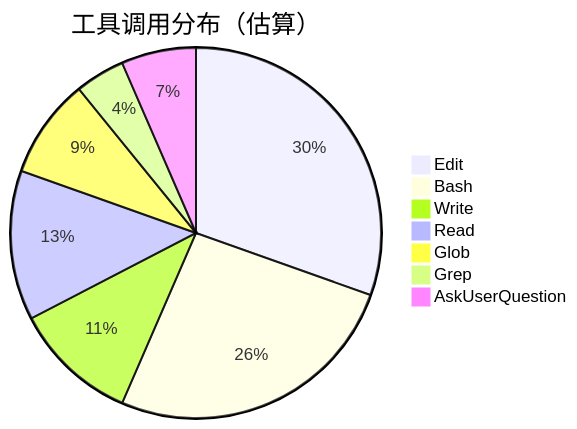
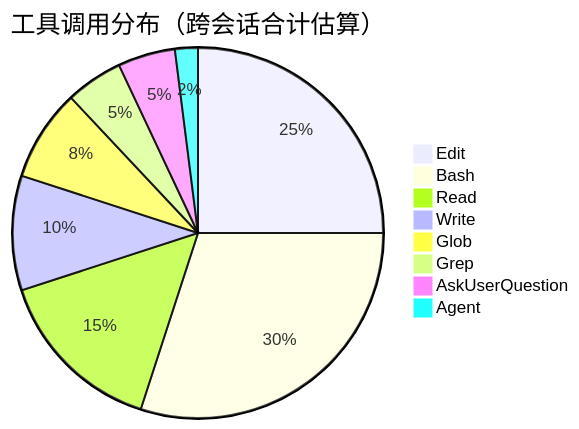
One commit to chujun/aiubuntu1-sh changed the fourth of 8 diagrams in doc/ai-explore/2026-04-11-my-explore-doc-record技能优化实践探索之旅.md. Above: the diagram before and after it, drawn with Mermaid. The commit also changed other lines of this file and 2 other files, not shown here.

````diff
--- a/doc/ai-explore/2026-04-11-my-explore-doc-record技能优化实践探索之旅.md
+++ b/doc/ai-explore/2026-04-11-my-explore-doc-record技能优化实践探索之旅.md
@@ -173,10 +198,11 @@
 ```mermaid
-pie title 工具调用分布（估算）
-    "Edit" : 14
-    "Bash" : 12
-    "Write" : 5
-    "Read" : 6
-    "Glob" : 4
-    "Grep" : 2
-    "AskUserQuestion" : 3
+pie title 工具调用分布（跨会话合计估算）
+    "Edit" : 25
+    "Bash" : 30
+    "Read" : 15
+    "Write" : 10
+    "Glob" : 8
+    "Grep" : 5
+    "AskUserQuestion" : 5
+    "Agent" : 2
 ```
````
